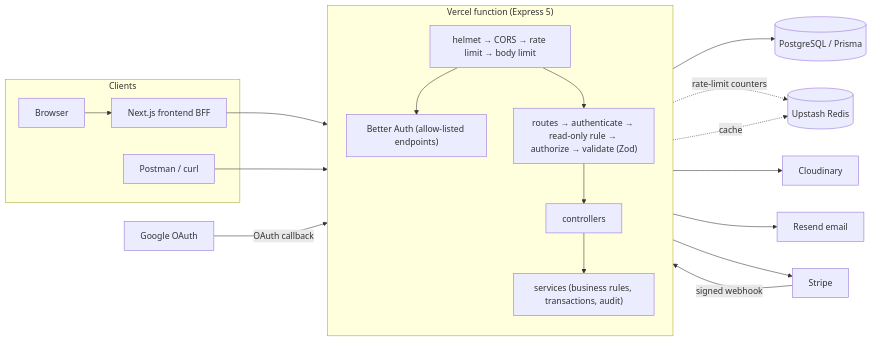
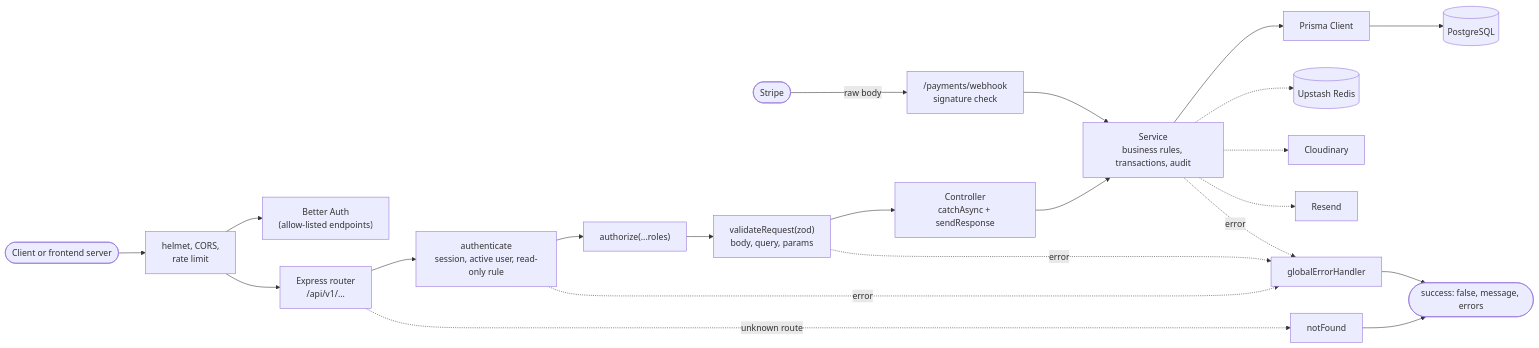
Before and after one commit to Zarif207/carrivo-backend: the first of 5 diagrams in README.md, drawn with Mermaid. The commit also changed other lines of this file and 5 other files, not shown here.

````diff
--- a/README.md
+++ b/README.md
@@ -70,37 +186,24 @@
 ```mermaid
 flowchart LR
-  subgraph Clients
-    B[Browser]
-    F[Next.js frontend BFF]
-    P[Postman / curl]
-  end
-  S[Stripe]
-  G[Google OAuth]
-
-  subgraph Vercel["Vercel function (Express 5)"]
-    direction TB
-    MW["helmet → CORS → rate limit → body limit"]
-    BA["Better Auth (allow-listed endpoints)"]
-    R["routes → authenticate → read-only rule → authorize → validate (Zod)"]
-    C[controllers]
-    SV["services (business rules, transactions, audit)"]
-  end
-
-  DB[(PostgreSQL / Prisma)]
-  RD[(Upstash Redis)]
-  CL[Cloudinary]
-  EM[Resend email]
-
-  B --> F --> MW
-  P --> MW
-  S -- signed webhook --> Vercel
-  G -- OAuth callback --> BA
-  MW --> BA
-  MW --> R --> C --> SV
-  SV --> DB
-  MW -. rate-limit counters .-> RD
-  SV -. cache .-> RD
-  SV --> CL
-  SV --> EM
-  SV --> S
+    C([Client or frontend server]) --> M["helmet, CORS,<br/>rate limit"]
+    W([Stripe]) -->|"raw body"| WH["/payments/webhook<br/>signature check"]
+    M --> BA["Better Auth<br/>(allow-listed endpoints)"]
+    M --> R["Express router<br/>/api/v1/..."]
+    R --> A["authenticate<br/>session, active user, read-only rule"]
+    A --> Z["authorize(...roles)"]
+    Z --> V["validateRequest(zod)<br/>body, query, params"]
+    V --> CT["Controller<br/>catchAsync + sendResponse"]
+    CT --> S["Service<br/>business rules, transactions, audit"]
+    WH --> S
+    S --> P[Prisma Client]
+    P --> DB[(PostgreSQL)]
+    S -.-> RD[(Upstash Redis)]
+    S -.-> CL[Cloudinary]
+    S -.-> EM[Resend]
+    A -. error .-> E[globalErrorHandler]
+    V -. error .-> E
+    S -. error .-> E
+    R -. unknown route .-> NF[notFound]
+    E --> RES(["success: false, message, errors"])
+    NF --> RES
 ```
````
